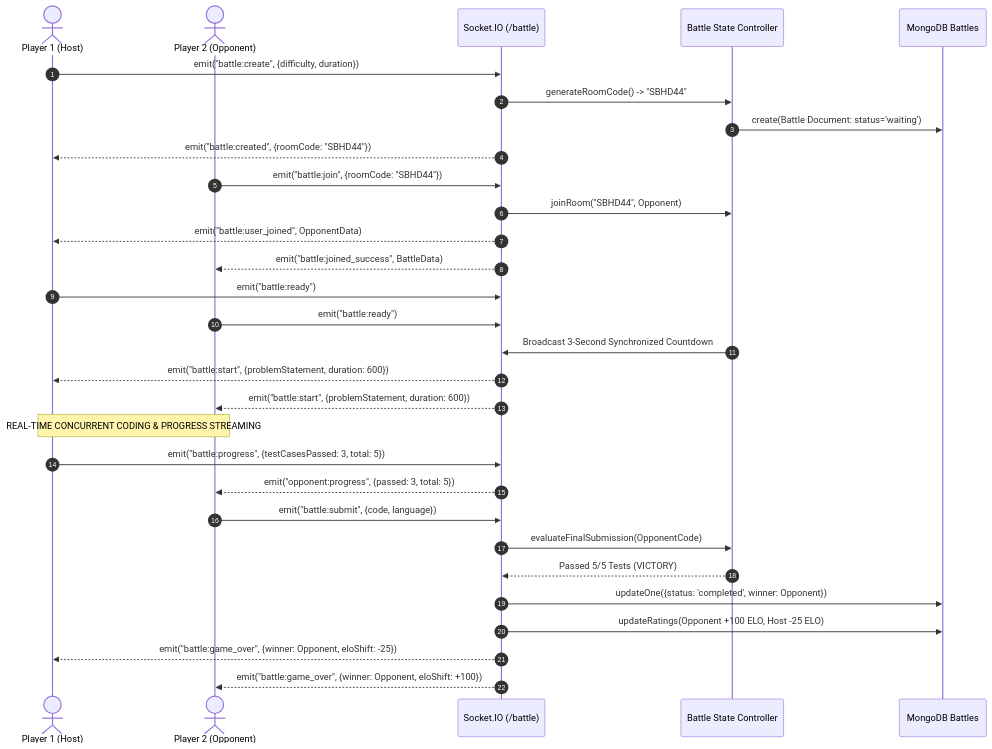
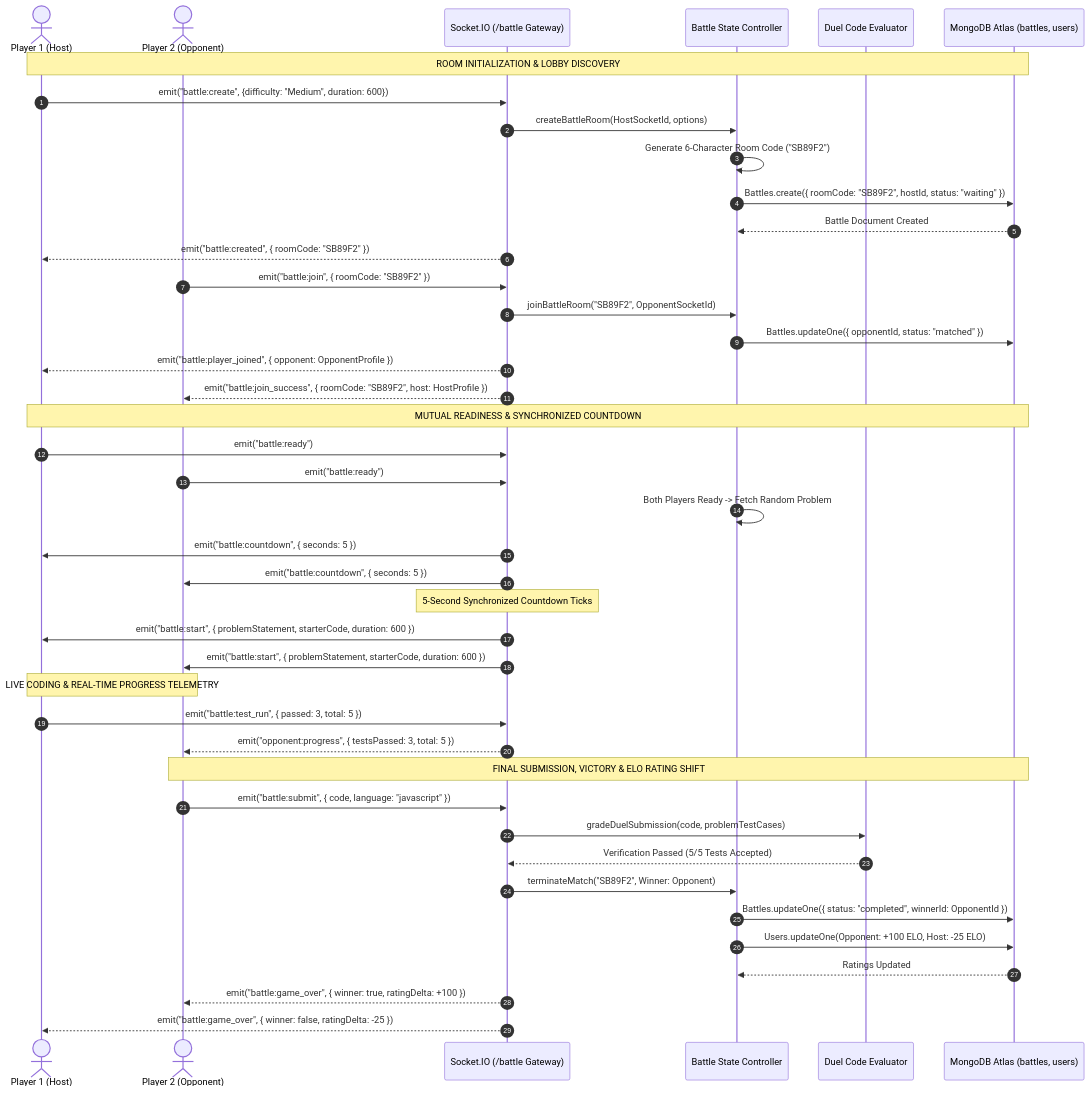
The diagram in diagrams/08_battle_duel_sequence.mmd (koushikreddy89/Skill-Battle), drawn with Mermaid before and after one commit. The commit also changed 102 other files, not shown here.

Commit message:
docs: finalize professional project report and full-page diagram redesigns

```diff
--- a/diagrams/08_battle_duel_sequence.mmd
+++ b/diagrams/08_battle_duel_sequence.mmd
@@ -1,36 +1,47 @@
 sequenceDiagram
     autonumber
     actor Host as Player 1 (Host)
     actor Opponent as Player 2 (Opponent)
-    participant SocketGateway as Socket.IO (/battle)
-    participant RoomManager as Battle State Controller
-    participant DB as MongoDB Battles
+    participant SocketGateway as Socket.IO (/battle Gateway)
+    participant StateController as Battle State Controller
+    participant Evaluator as Duel Code Evaluator
+    participant DB as MongoDB Atlas (battles, users)
 
-    Host->>SocketGateway: emit("battle:create", {difficulty, duration})
-    SocketGateway->>RoomManager: generateRoomCode() -> "SBHD44"
-    RoomManager->>DB: create(Battle Document: status='waiting')
-    SocketGateway-->>Host: emit("battle:created", {roomCode: "SBHD44"})
+    Note over Host,DB: ROOM INITIALIZATION & LOBBY DISCOVERY
+    Host->>SocketGateway: emit("battle:create", {difficulty: "Medium", duration: 600})
+    SocketGateway->>StateController: createBattleRoom(HostSocketId, options)
+    StateController->>StateController: Generate 6-Character Room Code ("SB89F2")
+    StateController->>DB: Battles.create({ roomCode: "SB89F2", hostId, status: "waiting" })
+    DB-->>StateController: Battle Document Created
+    SocketGateway-->>Host: emit("battle:created", { roomCode: "SB89F2" })
 
-    Opponent->>SocketGateway: emit("battle:join", {roomCode: "SBHD44"})
-    SocketGateway->>RoomManager: joinRoom("SBHD44", Opponent)
-    SocketGateway-->>Host: emit("battle:user_joined", OpponentData)
-    SocketGateway-->>Opponent: emit("battle:joined_success", BattleData)
+    Opponent->>SocketGateway: emit("battle:join", { roomCode: "SB89F2" })
+    SocketGateway->>StateController: joinBattleRoom("SB89F2", OpponentSocketId)
+    StateController->>DB: Battles.updateOne({ opponentId, status: "matched" })
+    SocketGateway-->>Host: emit("battle:player_joined", { opponent: OpponentProfile })
+    SocketGateway-->>Opponent: emit("battle:join_success", { roomCode: "SB89F2", host: HostProfile })
 
+    Note over Host,DB: MUTUAL READINESS & SYNCHRONIZED COUNTDOWN
     Host->>SocketGateway: emit("battle:ready")
     Opponent->>SocketGateway: emit("battle:ready")
-    RoomManager->>SocketGateway: Broadcast 3-Second Synchronized Countdown
-    SocketGateway-->>Host: emit("battle:start", {problemStatement, duration: 600})
-    SocketGateway-->>Opponent: emit("battle:start", {problemStatement, duration: 600})
+    StateController->>StateController: Both Players Ready -> Fetch Random Problem
+    SocketGateway->>Host: emit("battle:countdown", { seconds: 5 })
+    SocketGateway->>Opponent: emit("battle:countdown", { seconds: 5 })
+    Note over SocketGateway: 5-Second Synchronized Countdown Ticks
+    SocketGateway->>Host: emit("battle:start", { problemStatement, starterCode, duration: 600 })
+    SocketGateway->>Opponent: emit("battle:start", { problemStatement, starterCode, duration: 600 })
 
-    Note over Host,Opponent: REAL-TIME CONCURRENT CODING & PROGRESS STREAMING
-    Host->>SocketGateway: emit("battle:progress", {testCasesPassed: 3, total: 5})
-    SocketGateway-->>Opponent: emit("opponent:progress", {passed: 3, total: 5})
+    Note over Host,Opponent: LIVE CODING & REAL-TIME PROGRESS TELEMETRY
+    Host->>SocketGateway: emit("battle:test_run", { passed: 3, total: 5 })
+    SocketGateway-->>Opponent: emit("opponent:progress", { testsPassed: 3, total: 5 })
 
-    Opponent->>SocketGateway: emit("battle:submit", {code, language})
-    SocketGateway->>RoomManager: evaluateFinalSubmission(OpponentCode)
-    RoomManager-->>SocketGateway: Passed 5/5 Tests (VICTORY)
-    SocketGateway->>DB: updateOne({status: 'completed', winner: Opponent})
-    SocketGateway->>DB: updateRatings(Opponent +100 ELO, Host -25 ELO)
-
-    SocketGateway-->>Host: emit("battle:game_over", {winner: Opponent, eloShift: -25})
-    SocketGateway-->>Opponent: emit("battle:game_over", {winner: Opponent, eloShift: +100})
+    Note over Opponent,DB: FINAL SUBMISSION, VICTORY & ELO RATING SHIFT
+    Opponent->>SocketGateway: emit("battle:submit", { code, language: "javascript" })
+    SocketGateway->>Evaluator: gradeDuelSubmission(code, problemTestCases)
+    Evaluator-->>SocketGateway: Verification Passed (5/5 Tests Accepted)
+    SocketGateway->>StateController: terminateMatch("SB89F2", Winner: Opponent)
+    StateController->>DB: Battles.updateOne({ status: "completed", winnerId: OpponentId })
+    StateController->>DB: Users.updateOne(Opponent: +100 ELO, Host: -25 ELO)
+    DB-->>StateController: Ratings Updated
+    SocketGateway-->>Opponent: emit("battle:game_over", { winner: true, ratingDelta: +100 })
+    SocketGateway-->>Host: emit("battle:game_over", { winner: false, ratingDelta: -25 })
```
